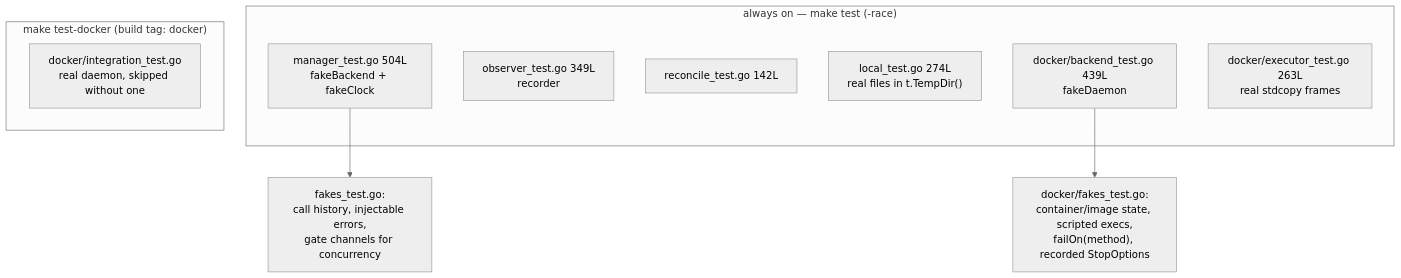
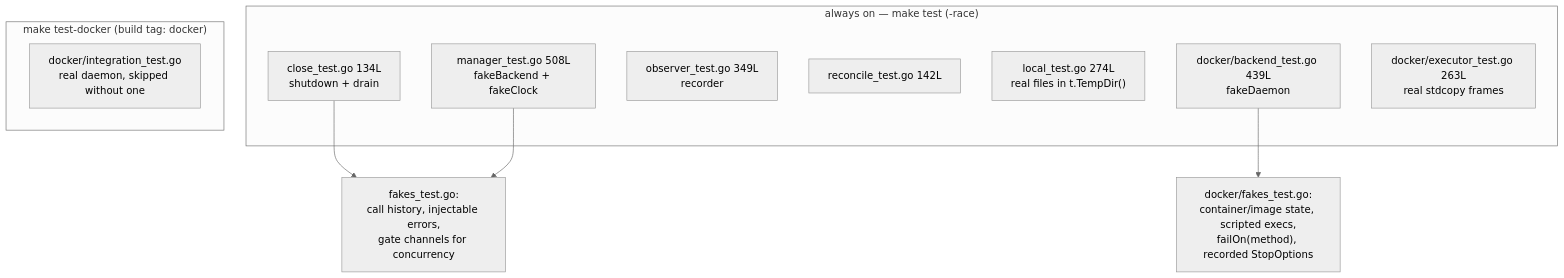
Diagram 12 of 12 in docs/sandbox.md (maikdotfi/metaharness), drawn with Mermaid (neutral theme) before and after one commit. The commit also changed other lines of this file and 6 other files, not shown here.

````diff
--- a/docs/sandbox.md
+++ b/docs/sandbox.md
@@ -445,17 +493,19 @@
 ```mermaid
 flowchart TB
     subgraph unit["always on — make test (-race)"]
-        M["manager_test.go 504L<br/>fakeBackend + fakeClock"]
+        M["manager_test.go 508L<br/>fakeBackend + fakeClock"]
+        CT["close_test.go 134L<br/>shutdown + drain"]
         O["observer_test.go 349L<br/>recorder"]
         RC["reconcile_test.go 142L"]
         L["local_test.go 274L<br/>real files in t.TempDir()"]
         DB["docker/backend_test.go 439L<br/>fakeDaemon"]
         DE["docker/executor_test.go 263L<br/>real stdcopy frames"]
     end
     subgraph live["make test-docker (build tag: docker)"]
         I["docker/integration_test.go<br/>real daemon, skipped without one"]
     end
 
+    CT --> FB
     M --> FB["fakes_test.go:<br/>call history, injectable errors,<br/>gate channels for concurrency"]
     DB --> FD["docker/fakes_test.go:<br/>container/image state, scripted execs,<br/>failOn(method), recorded StopOptions"]
 ```
````
